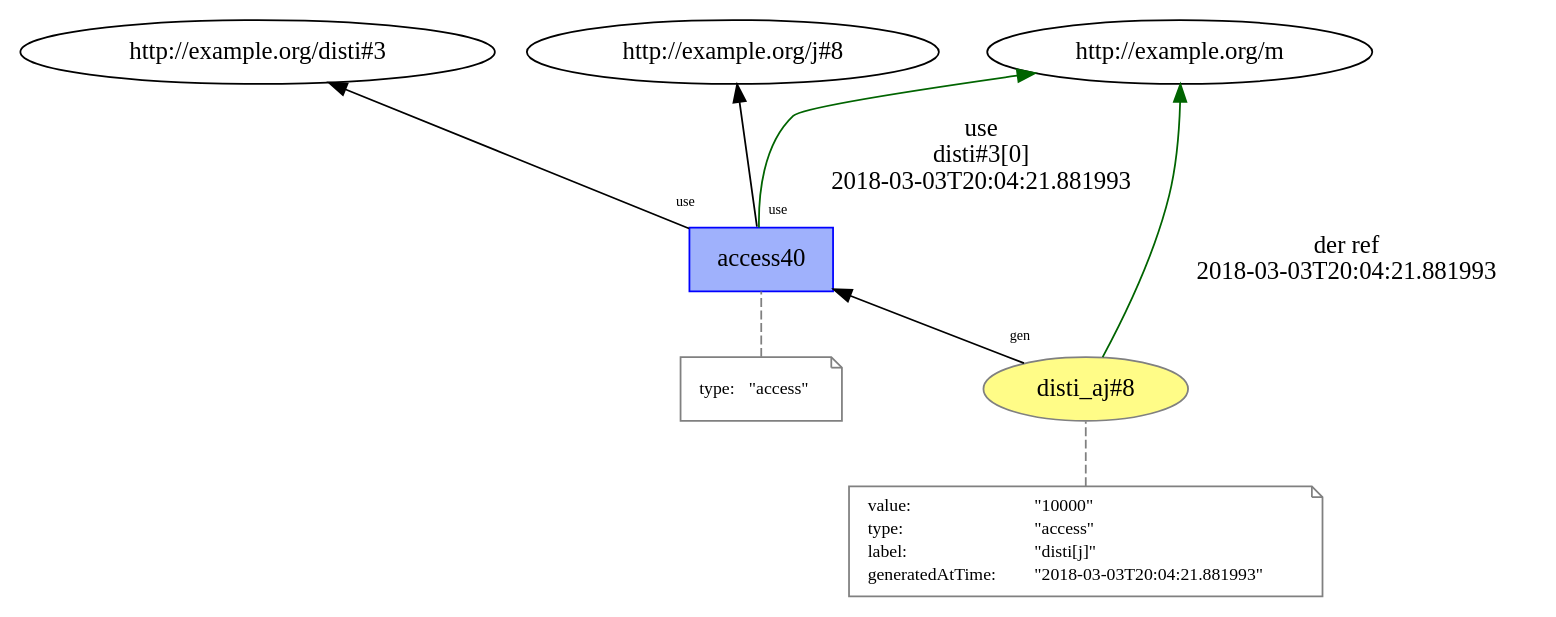
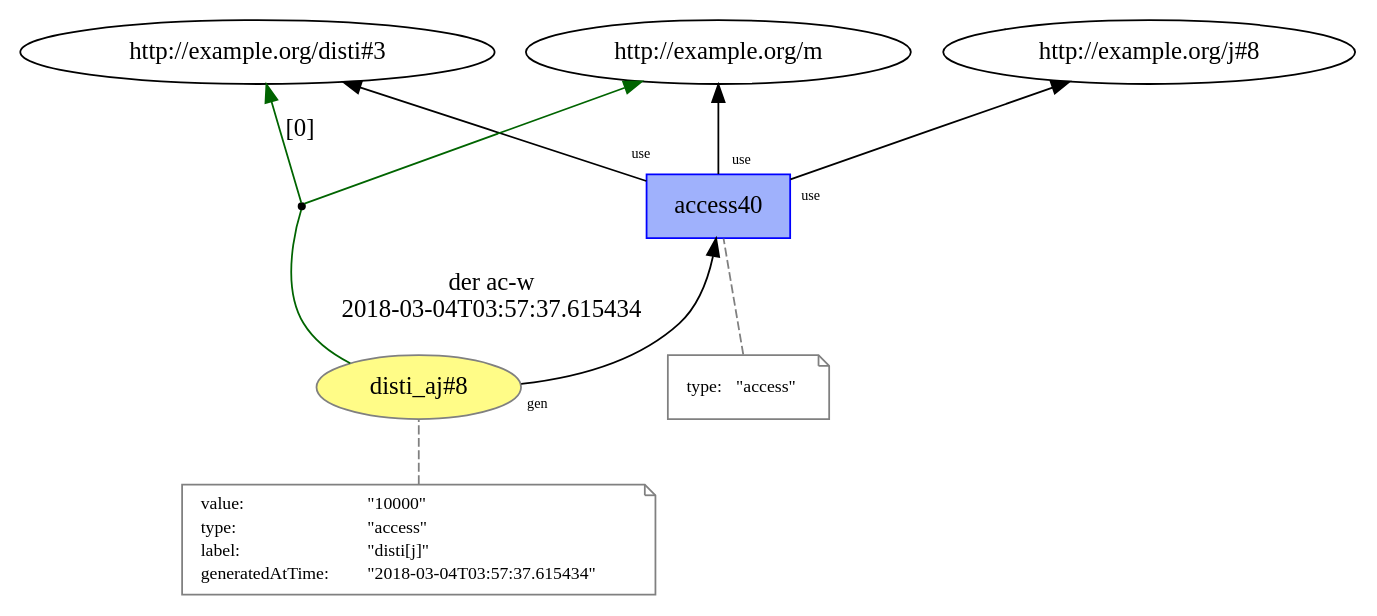
Before and after one commit to dew-uff/versioned-prov: the diagram in versioned_prov/temp/L15__access_8.dot, drawn with Graphviz. The commit also changed 972 other files, not shown here.

```diff
--- a/versioned_prov/temp/L15__access_8.dot
+++ b/versioned_prov/temp/L15__access_8.dot
@@ -1,38 +1,39 @@
 digraph "PROV" { size="16,12"; rankdir="BT";
 "http://example.org/disti_aj#8" [fillcolor="#FFFC87",color="#808080",style="filled",label="disti_aj#8",URL="http://example.org/disti_aj#8"]
 "-attrs0" [color="gray",shape="note",fontsize="10",fontcolor="black",label=<<TABLE cellpadding="0" border="0">
 	<TR>
 	    <TD align="left">value:</TD>
 	    <TD align="left">&quot;10000&quot;</TD>
 	</TR>
 	<TR>
 	    <TD align="left">type:</TD>
 	    <TD align="left">&quot;access&quot;</TD>
 	</TR>
 	<TR>
 	    <TD align="left">label:</TD>
 	    <TD align="left">&quot;disti[j]&quot;</TD>
 	</TR>
 	<TR>
 	    <TD align="left">generatedAtTime:</TD>
-	    <TD align="left">&quot;2018-03-03T20:04:21.881993&quot;</TD>
+	    <TD align="left">&quot;2018-03-04T03:57:37.615434&quot;</TD>
 	</TR>
 </TABLE>>]
 "-attrs0" -> "http://example.org/disti_aj#8" [color="gray",style="dashed",arrowhead="none"]
 "http://example.org/access40" [fillcolor="#9FB1FC",color="#0000FF",shape="polygon",sides="4",style="filled",label="access40",URL="http://example.org/access40"]
 "-attrs1" [color="gray",shape="note",fontsize="10",fontcolor="black",label=<<TABLE cellpadding="0" border="0">
 	<TR>
 	    <TD align="left">type:</TD>
 	    <TD align="left">&quot;access&quot;</TD>
 	</TR>
 </TABLE>>]
 "-attrs1" -> "http://example.org/access40" [color="gray",style="dashed",arrowhead="none"]
-"http://example.org/access40" -> "http://example.org/m" [labelfontsize="8",labeldistance="1.5",color="darkgreen",labelangle="60.0",rotation="20",label="use
-disti#3[0]
-2018-03-03T20:04:21.881993"]
-"http://example.org/disti_aj#8" -> "http://example.org/m" [labelfontsize="8",labeldistance="1.5",color="darkgreen",labelangle="60.0",rotation="20",label="der ref
-2018-03-03T20:04:21.881993"]
+"http://example.org/access40" -> "http://example.org/m" [labelfontsize="8",labeldistance="1.5",labelangle="60.0",rotation="20",taillabel="use"]
+"bn0" [shape="point",label=""]
+"http://example.org/disti_aj#8" -> "bn0" [arrowhead="none",color="darkgreen",label="der ac-w
+2018-03-04T03:57:37.615434"]
+"bn0" -> "http://example.org/disti#3" [labelfontsize="8",labeldistance="1.5",color="darkgreen",labelangle="60.0",rotation="20",label="[0]"]
+"bn0" -> "http://example.org/m" [color="darkgreen"]
 "http://example.org/disti_aj#8" -> "http://example.org/access40" [labelfontsize="8",labeldistance="1.5",labelangle="60.0",rotation="20",taillabel="gen"]
 "http://example.org/access40" -> "http://example.org/disti#3" [labelfontsize="8",labeldistance="1.5",labelangle="60.0",rotation="20",taillabel="use"]
 "http://example.org/access40" -> "http://example.org/j#8" [labelfontsize="8",labeldistance="1.5",labelangle="60.0",rotation="20",taillabel="use"]
 }
```
